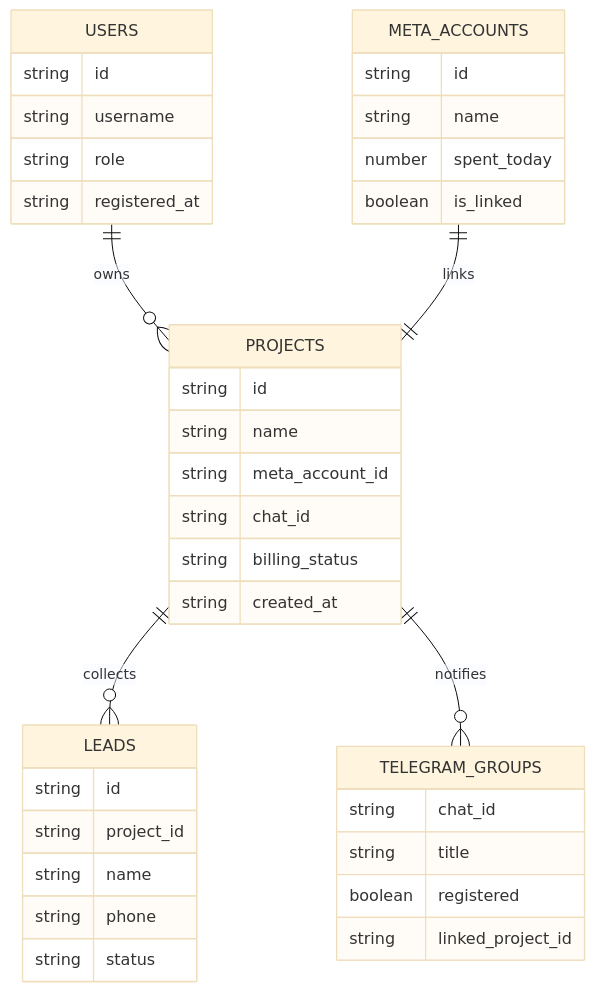
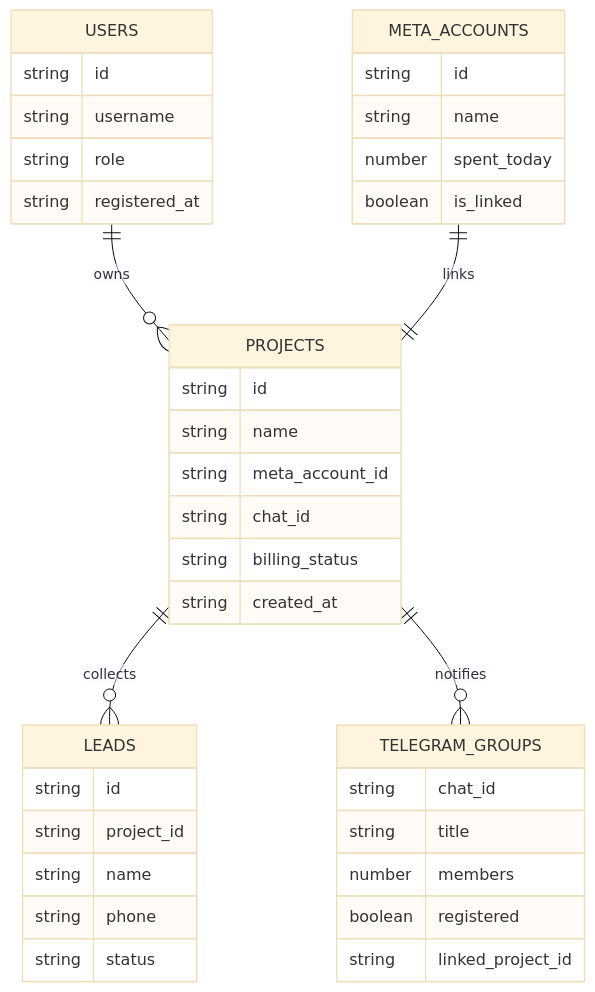
The third of 3 diagrams in README.md (buyclientuz-pixel/targetbot), drawn with Mermaid (base theme) before and after one commit. The commit also changed other lines of this file and 2 other files, not shown here.

````diff
--- a/README.md
+++ b/README.md
@@ -134,41 +134,42 @@
 ```mermaid
 erDiagram
     USERS ||--o{ PROJECTS : owns
     PROJECTS ||--o{ LEADS : collects
     META_ACCOUNTS ||--|| PROJECTS : links
     PROJECTS ||--o{ TELEGRAM_GROUPS : notifies
 
     USERS {
         string id
         string username
         string role
         string registered_at
     }
     META_ACCOUNTS {
         string id
         string name
         number spent_today
         boolean is_linked
     }
     PROJECTS {
         string id
         string name
         string meta_account_id
         string chat_id
         string billing_status
         string created_at
     }
     LEADS {
         string id
         string project_id
         string name
         string phone
         string status
     }
     TELEGRAM_GROUPS {
         string chat_id
         string title
+        number members
         boolean registered
         string linked_project_id
     }
 ```
````
